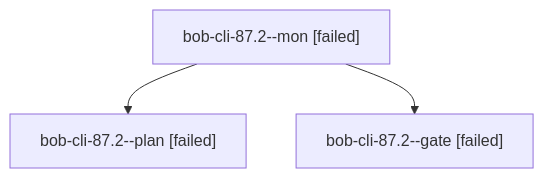
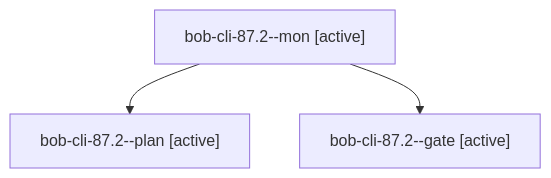
One commit to bobs-org/bob-cli--agents changed the diagram in sessions/bbugyi200.athena.bob-cli-87.2.md. Above: the diagram before and after it, drawn with Mermaid. The commit also changed other lines of this file and 481 other files, not shown here.

````diff
--- a/sessions/bbugyi200.athena.bob-cli-87.2.md
+++ b/sessions/bbugyi200.athena.bob-cli-87.2.md
@@ -9,8 +9,8 @@
 ```mermaid
 flowchart TD
-  n0["bob-cli-87.2--mon [failed]"]
-  n1["bob-cli-87.2--plan [failed]"]
+  n0["bob-cli-87.2--mon [active]"]
+  n1["bob-cli-87.2--plan [active]"]
   n0 --> n1
-  n2["bob-cli-87.2--gate [failed]"]
+  n2["bob-cli-87.2--gate [active]"]
   n0 --> n2
 ```
````
